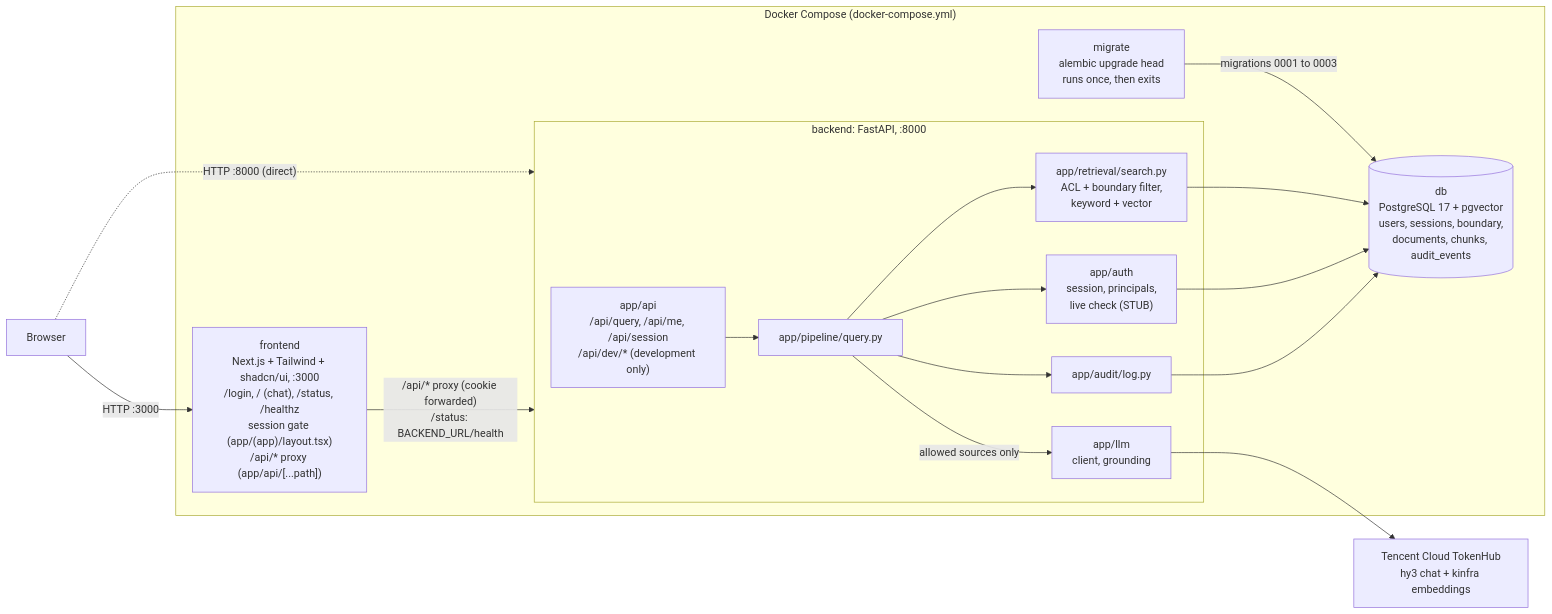
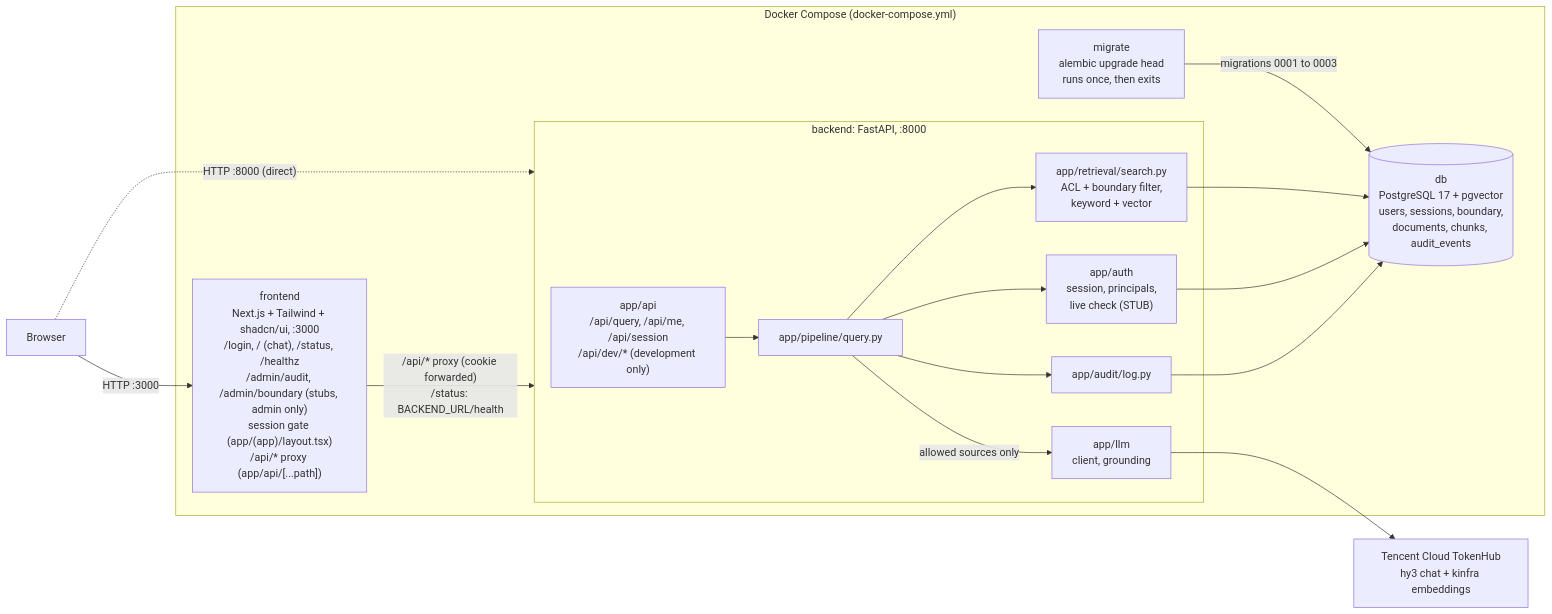
Before and after one commit to gabriel-wan/tencent-hackathon-fintech: the diagram in docs/architecture/CURRENT.md, drawn with Mermaid. The commit also changed 1 other file, not shown here.

Commit message:
docs(frontend): document the admin stubs
The admin gate and links, what each stub waits for, the development-only
design previews, and why documents are shown by key.

````diff
--- a/docs/architecture/CURRENT.md
+++ b/docs/architecture/CURRENT.md
@@ -8,33 +8,33 @@
 ```mermaid
 flowchart LR
     USER["Browser"]
     TH["Tencent Cloud TokenHub<br/>hy3 chat + kinfra embeddings"]
 
     subgraph COMPOSE["Docker Compose (docker-compose.yml)"]
-        FE["frontend<br/>Next.js + Tailwind + shadcn/ui, :3000<br/>/login, / (chat), /status, /healthz<br/>session gate (app/(app)/layout.tsx)<br/>/api/* proxy (app/api/[...path])"]
+        FE["frontend<br/>Next.js + Tailwind + shadcn/ui, :3000<br/>/login, / (chat), /status, /healthz<br/>/admin/audit, /admin/boundary (stubs, admin only)<br/>session gate (app/(app)/layout.tsx)<br/>/api/* proxy (app/api/[...path])"]
         subgraph BE["backend: FastAPI, :8000"]
             API["app/api<br/>/api/query, /api/me, /api/session<br/>/api/dev/* (development only)"]
             PIPE["app/pipeline/query.py"]
             AUTH["app/auth<br/>session, principals,<br/>live check (STUB)"]
             SEARCH["app/retrieval/search.py<br/>ACL + boundary filter,<br/>keyword + vector"]
             LLMC["app/llm<br/>client, grounding"]
             AUD["app/audit/log.py"]
         end
         MIG["migrate<br/>alembic upgrade head<br/>runs once, then exits"]
         DB[("db<br/>PostgreSQL 17 + pgvector<br/>users, sessions, boundary,<br/>documents, chunks, audit_events")]
     end
 
     MIG -->|"migrations 0001 to 0003"| DB
     USER -->|"HTTP :3000"| FE
     USER -.->|"HTTP :8000 (direct)"| BE
     FE -->|"/api/* proxy (cookie forwarded)<br/>/status: BACKEND_URL/health"| BE
     API --> PIPE
     PIPE --> AUTH
     PIPE --> SEARCH
     PIPE -->|"allowed sources only"| LLMC
     PIPE --> AUD
     SEARCH --> DB
     AUTH --> DB
     AUD --> DB
     LLMC --> TH
 ```
````
